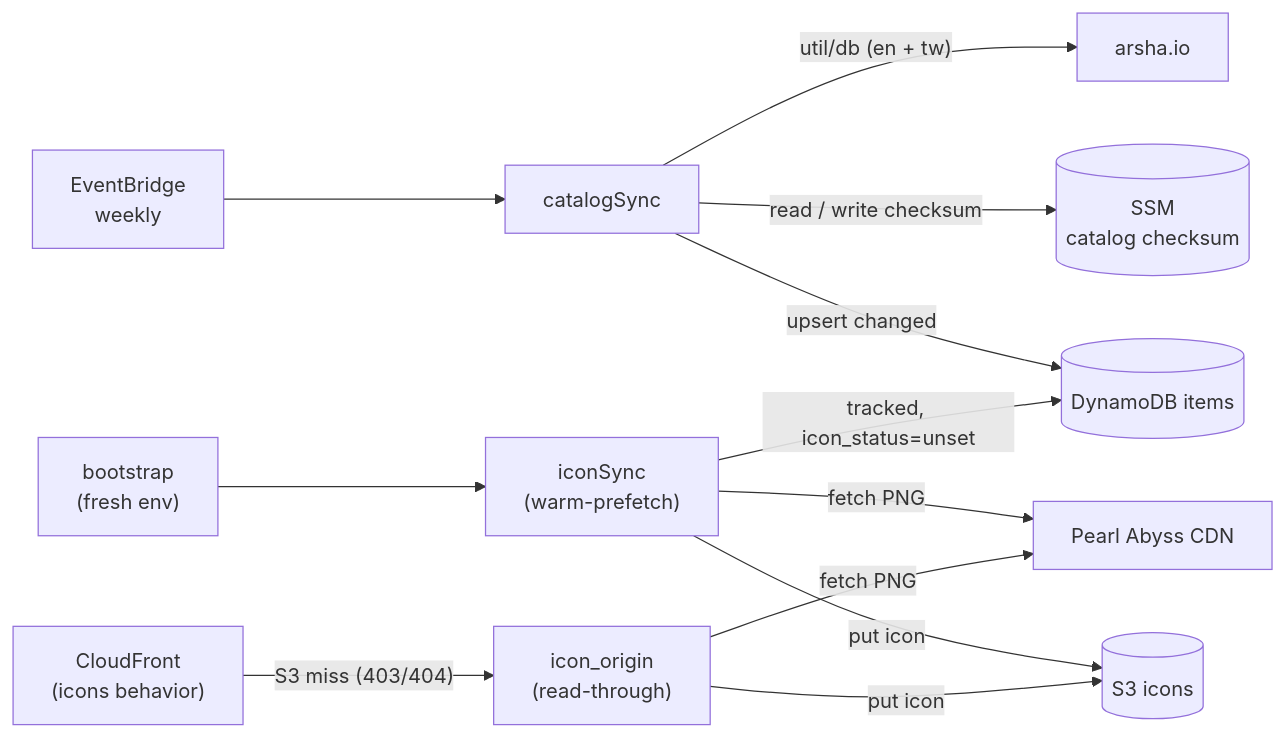
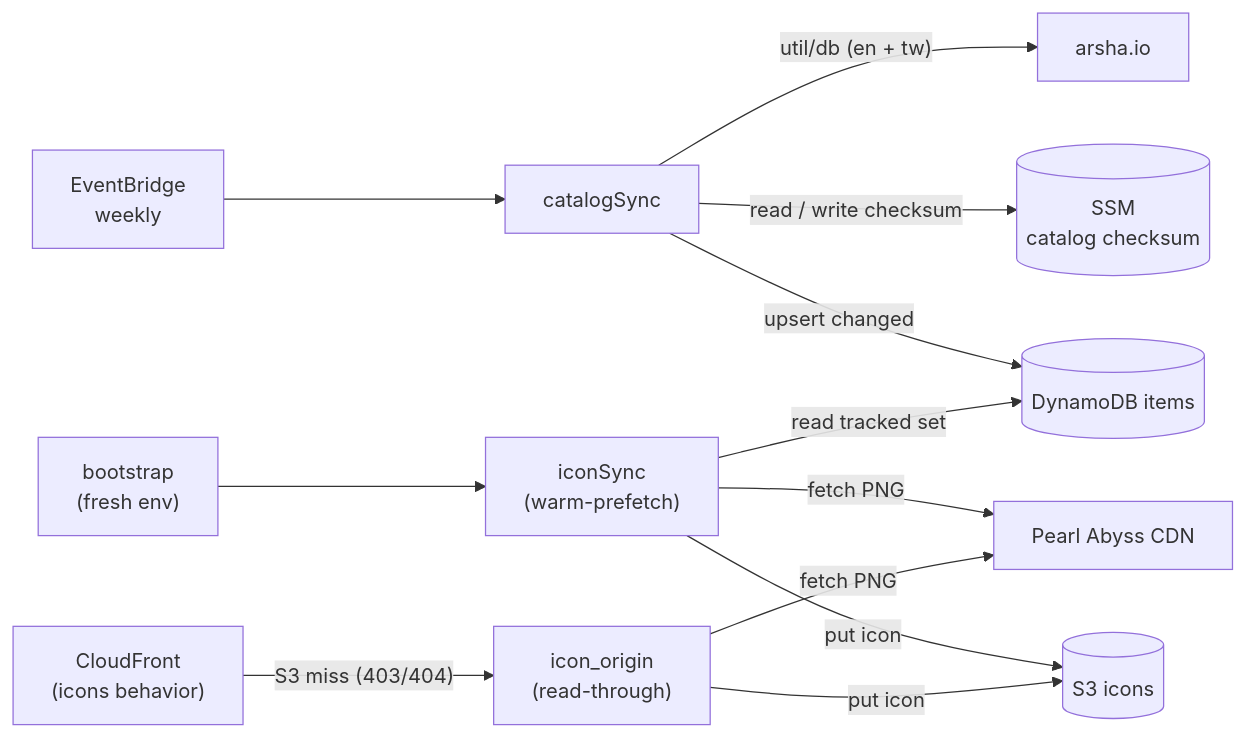
Before and after one commit to RyanYCT/bdo-market-insights: the third of 4 diagrams in docs/architecture.md, drawn with Mermaid. The commit also changed 15 other files, not shown here.

First line of the commit message:
refactor(api): drop the vestigial icon_status column (ADR-0035) (#116)

````diff
--- a/docs/architecture.md
+++ b/docs/architecture.md
@@ -106,17 +106,17 @@
 ```mermaid
 flowchart LR
     ebw["EventBridge<br/>weekly"] --> catalogsync["catalogSync"]
     boot["bootstrap<br/>(fresh env)"] --> iconsync["iconSync<br/>(warm-prefetch)"]
 
     catalogsync -->|"util/db (en + tw)"| arsha["arsha.io"]
     catalogsync -->|"read / write checksum"| ssm[("SSM<br/>catalog checksum")]
     catalogsync -->|"upsert changed"| ddb[("DynamoDB items")]
 
-    iconsync -->|"tracked, icon_status=unset"| ddb
+    iconsync -->|"read tracked set"| ddb
     iconsync -->|"fetch PNG"| pearl["Pearl Abyss CDN"]
     iconsync -->|"put icon"| s3[("S3 icons")]
 
     cf["CloudFront<br/>(icons behavior)"] -->|"S3 miss (403/404)"| iconorigin["icon_origin<br/>(read-through)"]
     iconorigin -->|"fetch PNG"| pearl
     iconorigin -->|"put icon"| s3
 ```
````
